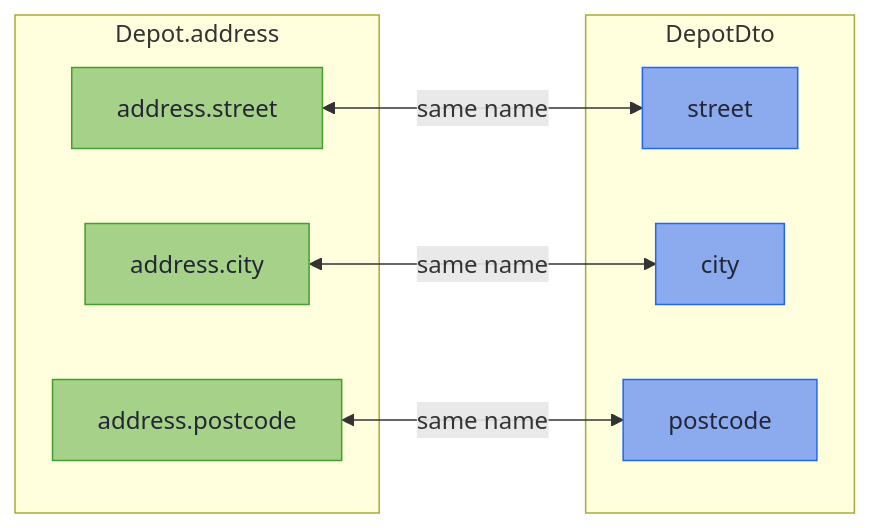
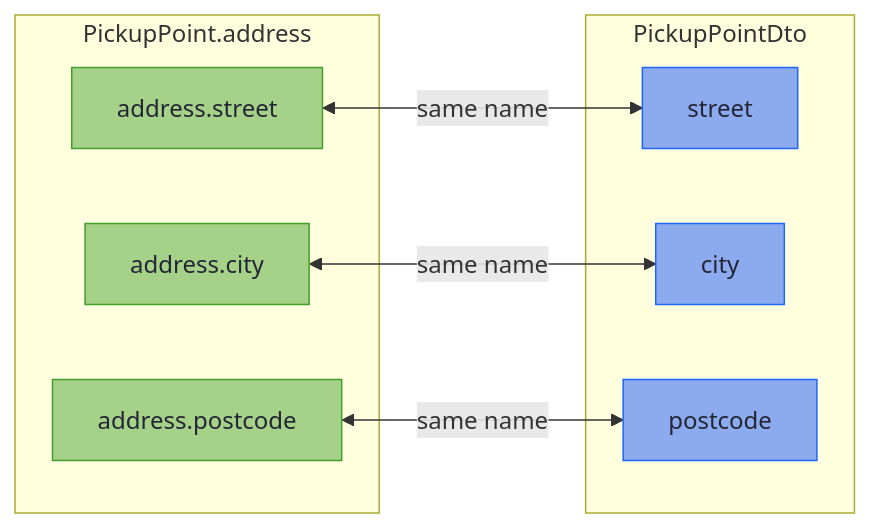
The second of 3 diagrams in hkj-book/src/mapping/structure.md (higher-kinded-j/higher-kinded-j), drawn with Mermaid before and after one commit. The commit also changed other lines of this file and 3 other files, not shown here.

````diff
--- a/hkj-book/src/mapping/structure.md
+++ b/hkj-book/src/mapping/structure.md
@@ -218,23 +218,23 @@
 ```mermaid
 flowchart LR
     accTitle: A flattened address
-    accDescr: Each member of the domain's Address record, address.street, address.city and address.postcode, pairs by name with the flat DepotDto field of the same name.
-    subgraph D["Depot.address"]
+    accDescr: Each member of the domain's Address record, address.street, address.city and address.postcode, pairs by name with the flat PickupPointDto field of the same name.
+    subgraph D["PickupPoint.address"]
         AS["address.street"]
         AC["address.city"]
         AP["address.postcode"]
     end
-    subgraph W["DepotDto"]
+    subgraph W["PickupPointDto"]
         S["street"]
         C["city"]
         P["postcode"]
     end
     AS <-->|same name| S
     AC <-->|same name| C
     AP <-->|same name| P
 
     classDef domain fill:#a6d189,stroke:#40a02b,color:#232634
     classDef wire fill:#8caaee,stroke:#1e66f5,color:#232634
     class AS,AC,AP domain
     class S,C,P wire
 ```
````
